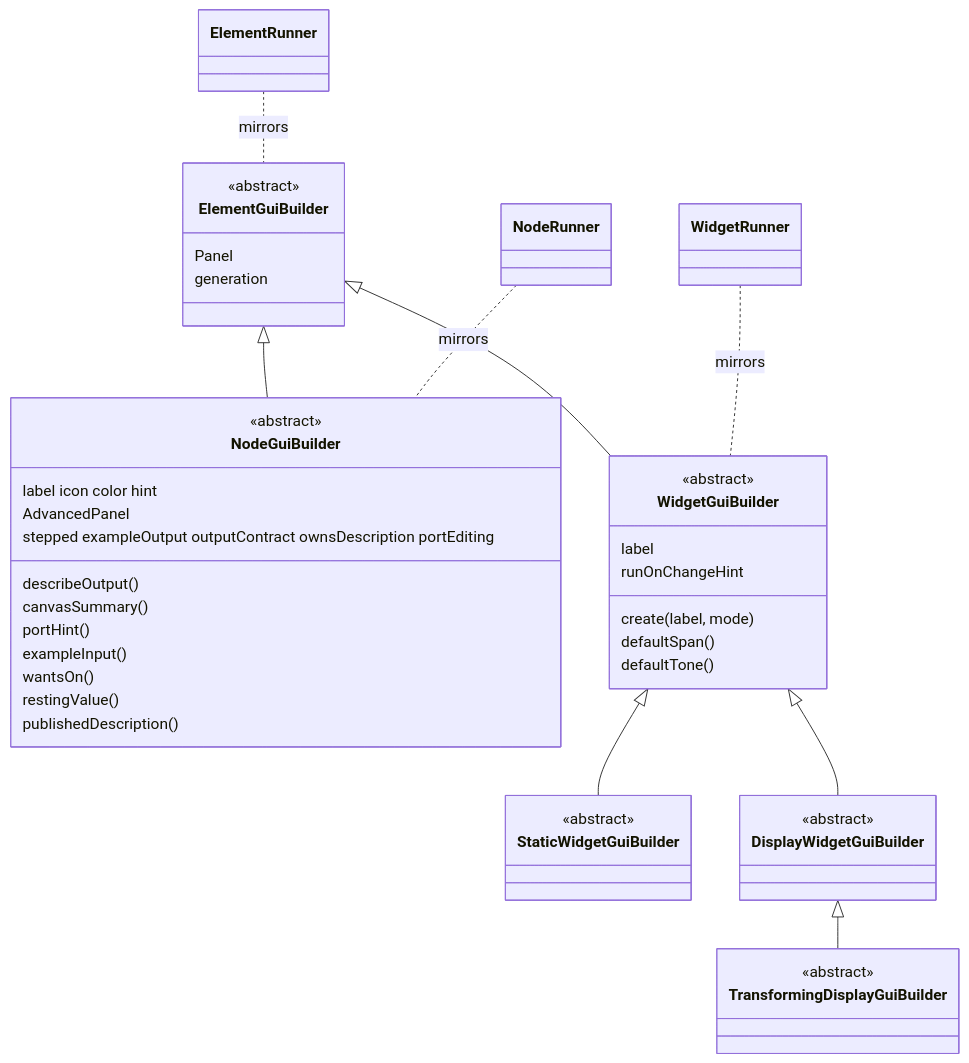
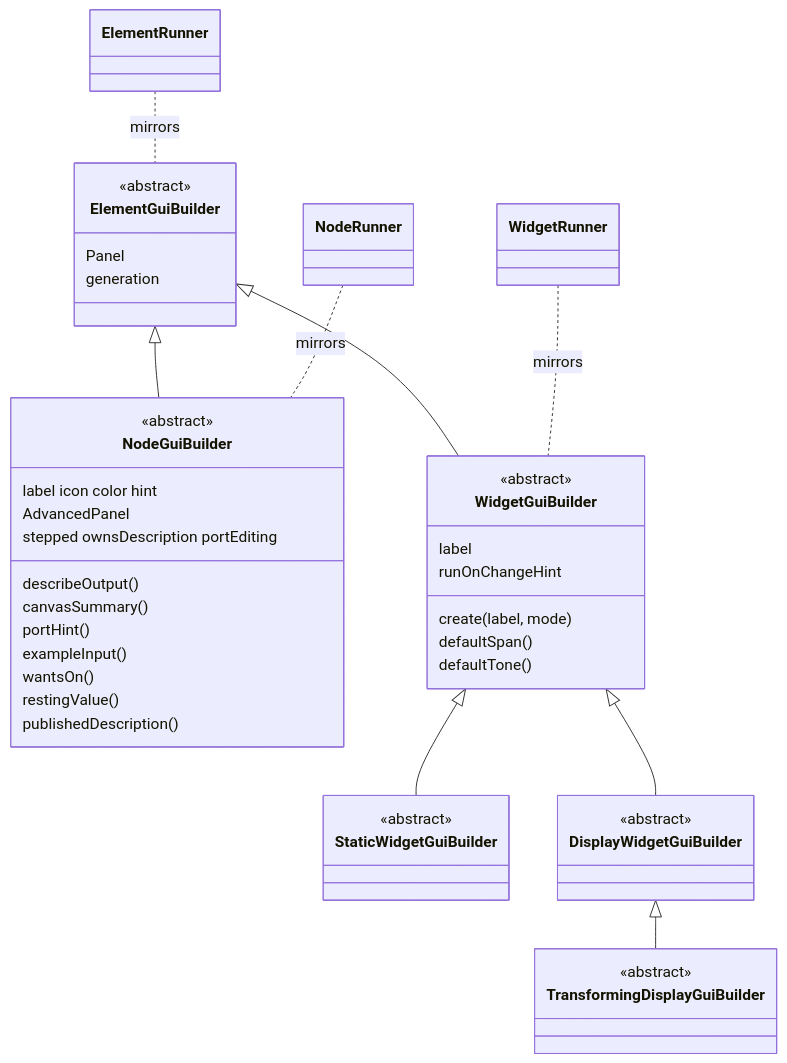
One commit to Archimedes79/AI_Graph changed the fifth of 8 diagrams in arch/overview.md. Above: the diagram before and after it, drawn with Mermaid. The commit also changed other lines of this file and 12 other files, not shown here.

````diff
--- a/arch/overview.md
+++ b/arch/overview.md
@@ -269,46 +269,46 @@
 ```mermaid
 classDiagram
   class ElementGuiBuilder {
     <<abstract>>
     Panel
     generation
   }
   class NodeGuiBuilder {
     <<abstract>>
     label icon color hint
     AdvancedPanel
     describeOutput()
     canvasSummary()
-    stepped exampleOutput outputContract ownsDescription portEditing
+    stepped ownsDescription portEditing
     portHint()
     exampleInput()
     wantsOn()
     restingValue()
     publishedDescription()
   }
   class WidgetGuiBuilder {
     <<abstract>>
     label
     create(label, mode)
     defaultSpan()
     defaultTone()
     runOnChangeHint
   }
   class StaticWidgetGuiBuilder {
     <<abstract>>
   }
   class DisplayWidgetGuiBuilder {
     <<abstract>>
   }
   class TransformingDisplayGuiBuilder {
     <<abstract>>
   }
   ElementGuiBuilder <|-- NodeGuiBuilder
   ElementGuiBuilder <|-- WidgetGuiBuilder
   WidgetGuiBuilder <|-- StaticWidgetGuiBuilder
   WidgetGuiBuilder <|-- DisplayWidgetGuiBuilder
   DisplayWidgetGuiBuilder <|-- TransformingDisplayGuiBuilder
   ElementRunner .. ElementGuiBuilder : mirrors
   NodeRunner .. NodeGuiBuilder : mirrors
   WidgetRunner .. WidgetGuiBuilder : mirrors
 ```
````
